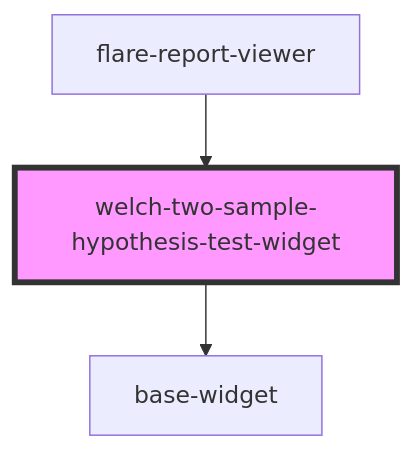
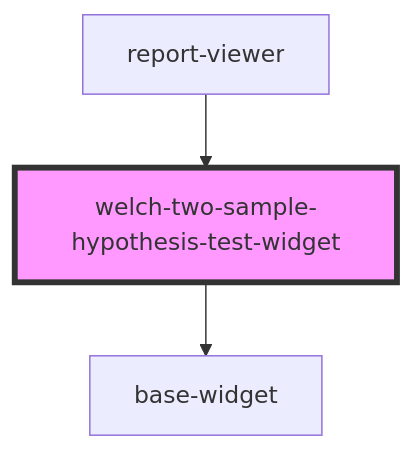
One commit to flarelight-io/ReportingUI changed the diagram in src/components/widgets/readme.md. Above: the diagram before and after it, drawn with Mermaid. The commit also changed other lines of this file and 20 other files, not shown here.

Commit message:
Refactor FlareReportViewer to ReportViewer; update component references and integration guides accordingly. Enhance bundle metadata with new file names and sizes, and increment package version to 0.27.0 for improved consistency and user experience across the application.

````diff
--- a/src/components/widgets/readme.md
+++ b/src/components/widgets/readme.md
@@ -36,6 +36,6 @@
 ```mermaid
 graph TD;
   welch-two-sample-hypothesis-test-widget --> base-widget
-  flare-report-viewer --> welch-two-sample-hypothesis-test-widget
+  report-viewer --> welch-two-sample-hypothesis-test-widget
   style welch-two-sample-hypothesis-test-widget fill:#f9f,stroke:#333,stroke-width:4px
 ```
````
